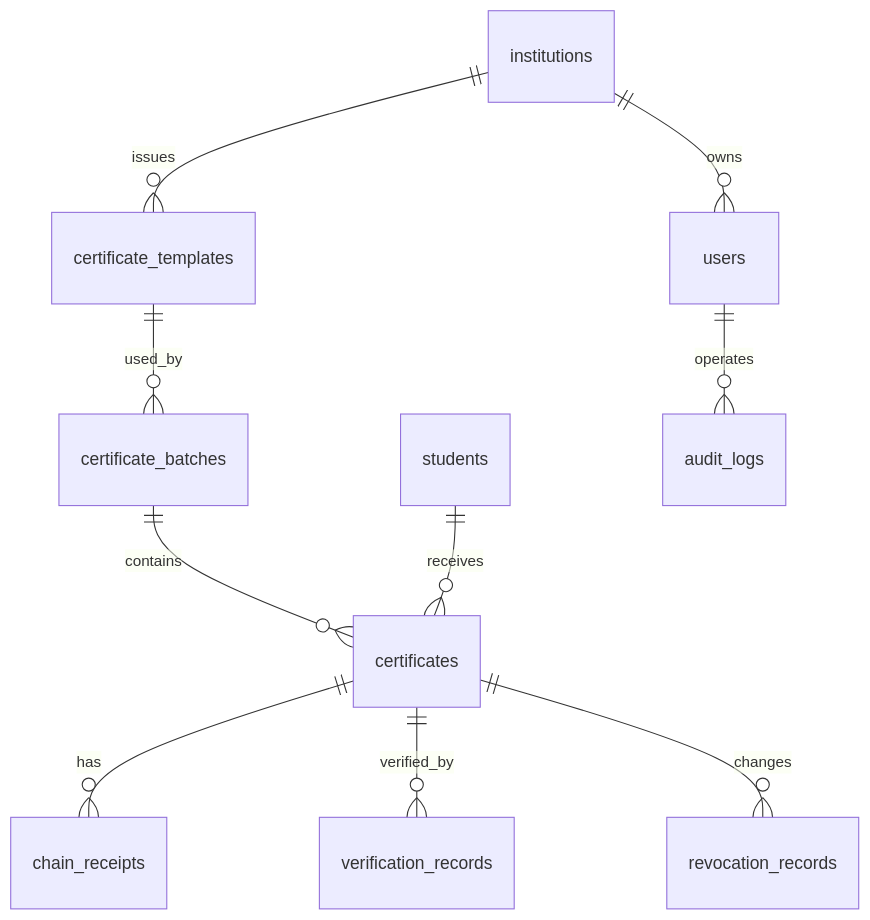
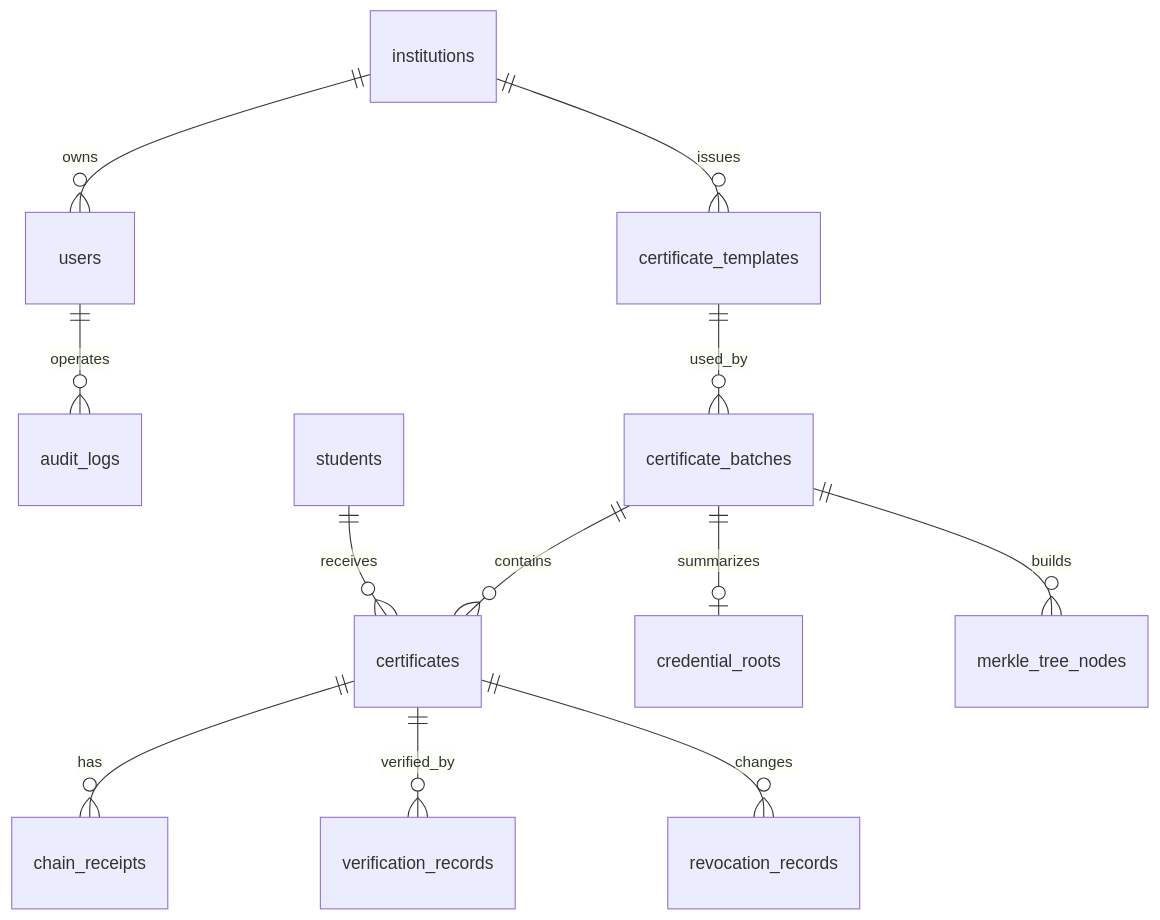
The diagram in docs/协作管理/数据库设计.md (43X19/certificate-evidence-system), drawn with Mermaid before and after one commit. The commit also changed other lines of this file and 2 other files, not shown here.

Commit message:
补充 Merkle Root 存证方案设计文档

````diff
--- a/docs/协作管理/数据库设计.md
+++ b/docs/协作管理/数据库设计.md
@@ -15,12 +15,14 @@
 ```mermaid
 erDiagram
     institutions ||--o{ users : owns
     institutions ||--o{ certificate_templates : issues
     certificate_templates ||--o{ certificate_batches : used_by
     certificate_batches ||--o{ certificates : contains
     students ||--o{ certificates : receives
     certificates ||--o{ chain_receipts : has
     certificates ||--o{ verification_records : verified_by
     certificates ||--o{ revocation_records : changes
     users ||--o{ audit_logs : operates
+    certificate_batches ||--o| credential_roots : summarizes
+    certificate_batches ||--o{ merkle_tree_nodes : builds
 ```
````
